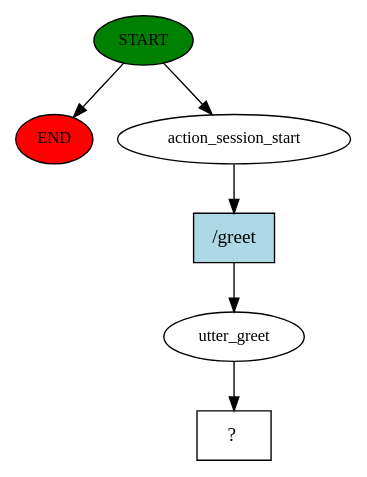
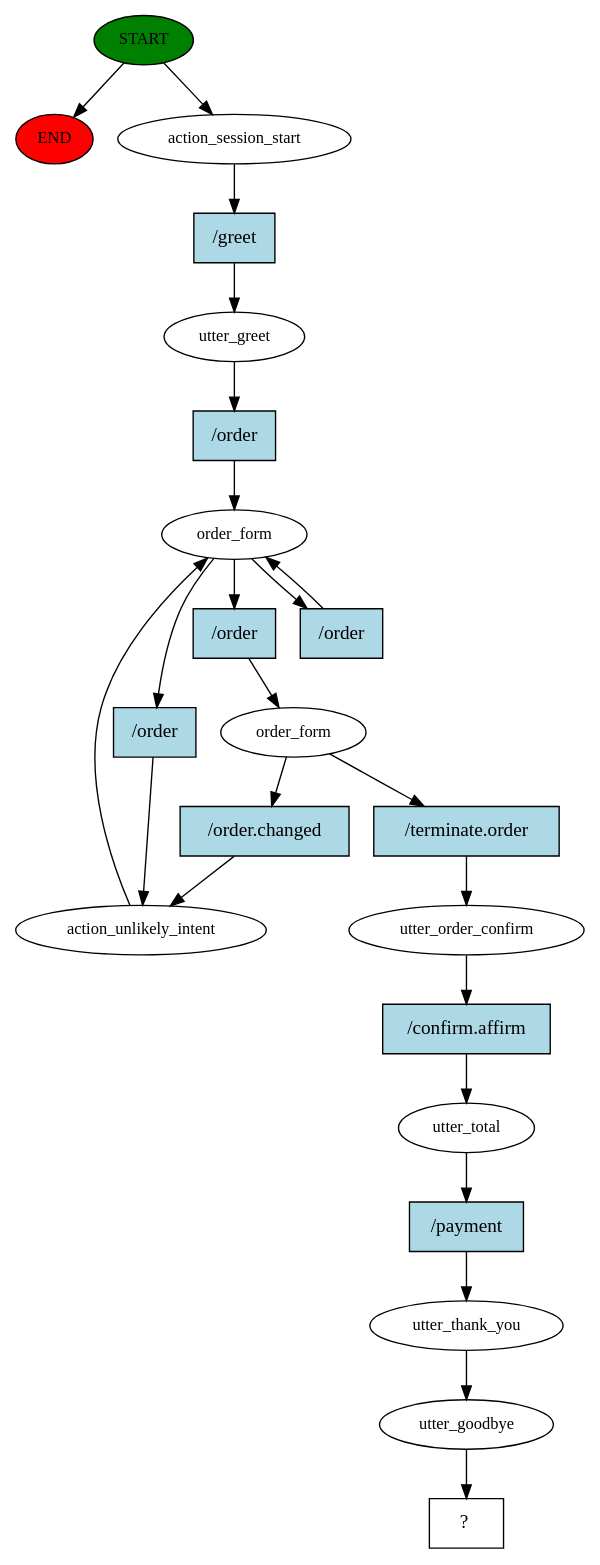
The diagram in story_graph.dot (nictamhk/restaurant-order-chatbot), drawn with Graphviz before and after one commit. The commit also changed 546 other files, not shown here.

Commit message:
Improvement of story flow

```diff
--- a/story_graph.dot
+++ b/story_graph.dot
@@ -1,13 +1,46 @@
 digraph  {
 0 [class="start active", fillcolor=green, fontsize=12, label=START, style=filled];
 "-1" [class=end, fillcolor=red, fontsize=12, label=END, style=filled];
 1 [class=active, fontsize=12, label=action_session_start];
 2 [class=active, fontsize=12, label=utter_greet];
-3 [class="intent dashed active", label="  ?  ", shape=rect];
-4 [class="intent active", fillcolor=lightblue, label="/greet", shape=rect, style=filled];
+3 [class=active, fontsize=12, label=order_form];
+5 [class=active, fontsize=12, label=action_unlikely_intent];
+9 [class=active, fontsize=12, label=order_form];
+13 [class=active, fontsize=12, label=utter_order_confirm];
+14 [class=active, fontsize=12, label=utter_total];
+15 [class=active, fontsize=12, label=utter_thank_you];
+16 [class=active, fontsize=12, label=utter_goodbye];
+17 [class="intent dashed active", label="  ?  ", shape=rect];
+18 [class="intent active", fillcolor=lightblue, label="/greet", shape=rect, style=filled];
+19 [class="intent active", fillcolor=lightblue, label="/order", shape=rect, style=filled];
+20 [class="intent active", fillcolor=lightblue, label="/order", shape=rect, style=filled];
+21 [class="intent active", fillcolor=lightblue, label="/order", shape=rect, style=filled];
+22 [class="intent active", fillcolor=lightblue, label="/order", shape=rect, style=filled];
+23 [class="intent active", fillcolor=lightblue, label="/order.changed", shape=rect, style=filled];
+24 [class="intent active", fillcolor=lightblue, label="/terminate.order", shape=rect, style=filled];
+25 [class="intent active", fillcolor=lightblue, label="/confirm.affirm", shape=rect, style=filled];
+26 [class="intent active", fillcolor=lightblue, label="/payment", shape=rect, style=filled];
 0 -> "-1"  [class="", key=NONE, label=""];
 0 -> 1  [class=active, key=NONE, label=""];
-1 -> 4  [class=active, key=0];
-2 -> 3  [class=active, key=NONE, label=""];
-4 -> 2  [class=active, key=0];
+1 -> 18  [class=active, key=0];
+2 -> 19  [class=active, key=0];
+3 -> 20  [class=active, key=0];
+3 -> 21  [class=active, key=0];
+3 -> 22  [class=active, key=0];
+5 -> 3  [class=active, key=NONE, label=""];
+9 -> 23  [class=active, key=0];
+9 -> 24  [class=active, key=0];
+13 -> 25  [class=active, key=0];
+14 -> 26  [class=active, key=0];
+15 -> 16  [class=active, key=NONE, label=""];
+16 -> 17  [class=active, key=NONE, label=""];
+18 -> 2  [class=active, key=0];
+19 -> 3  [class=active, key=0];
+20 -> 5  [class=active, key=0];
+21 -> 3  [class=active, key=0];
+22 -> 9  [class=active, key=0];
+23 -> 5  [class=active, key=0];
+24 -> 13  [class=active, key=0];
+25 -> 14  [class=active, key=0];
+26 -> 15  [class=active, key=0];
 }
```
